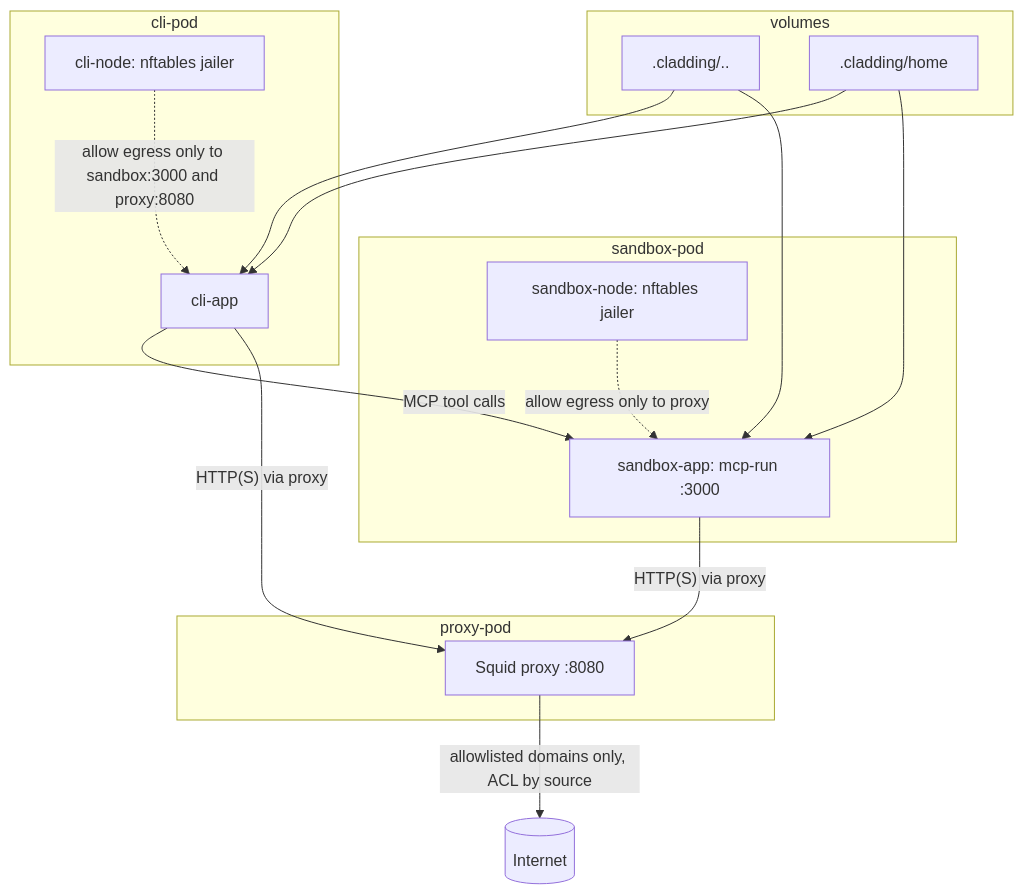
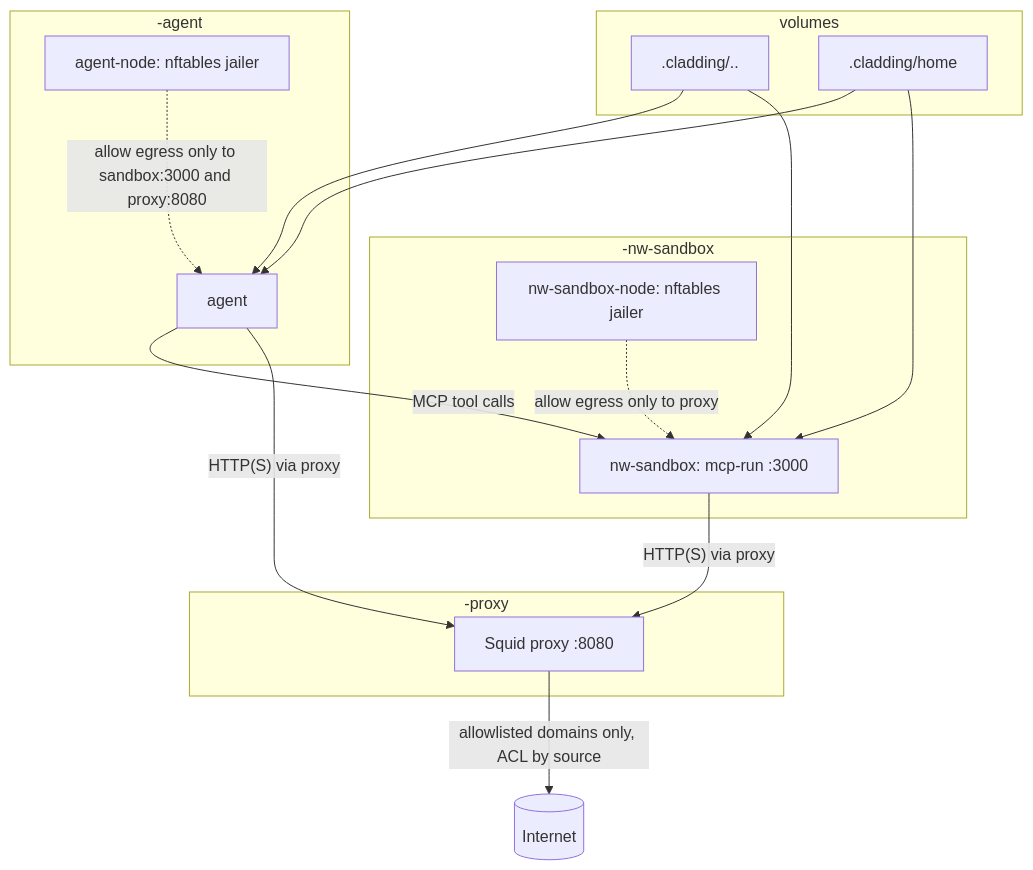
The diagram in README.md (dstoc/cladding), drawn with Mermaid before and after one commit. The commit also changed other lines of this file and 36 other files, not shown here.

````diff
--- a/README.md
+++ b/README.md
@@ -134,35 +136,35 @@
 ```mermaid
 flowchart TB
-  subgraph C[cli-pod]
-    CJ[cli-node: nftables jailer]
-    CA[cli-app]
+  subgraph C["<name>-agent"]
+    CJ[agent-node: nftables jailer]
+    CA[agent]
   end
 
   subgraph H[volumes]
     WS[.cladding/..]
     HOME[.cladding/home]
   end
 
 
-  subgraph S[sandbox-pod]
-    SJ[sandbox-node: nftables jailer]
-    SA[sandbox-app: mcp-run :3000]
+  subgraph S["<name>-nw-sandbox"]
+    SJ[nw-sandbox-node: nftables jailer]
+    SA[nw-sandbox: mcp-run :3000]
   end
 
-  subgraph P[proxy-pod]
+  subgraph P["<name>-proxy"]
     PX[Squid proxy :8080]
   end
 
   WS --> CA
   WS --> SA
   HOME --> CA
   HOME --> SA
 
   CA -- MCP tool calls --> SA
   CA -- HTTP(S) via proxy --> PX
   SA -- HTTP(S) via proxy --> PX
   PX -- allowlisted domains only, ACL by source --> NET[(Internet)]
 
   CJ -. allow egress only to sandbox:3000 and proxy:8080 .-> CA
   SJ -. allow egress only to proxy .-> SA
 ```
````
